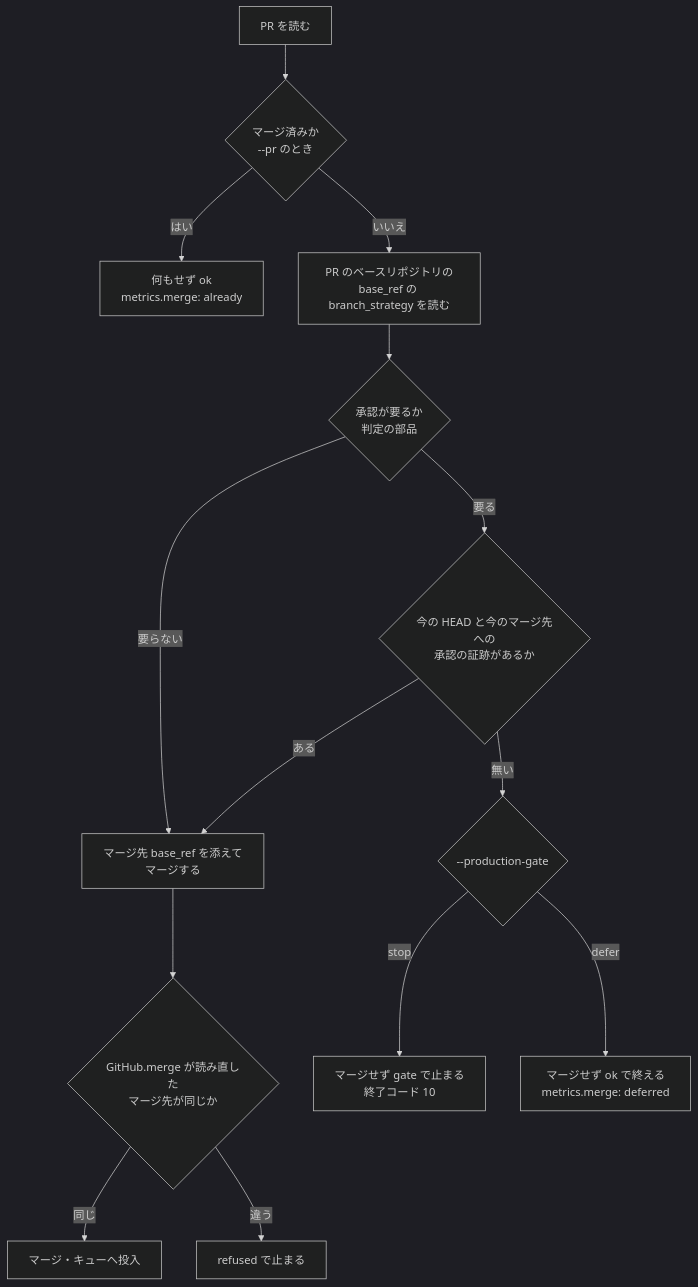
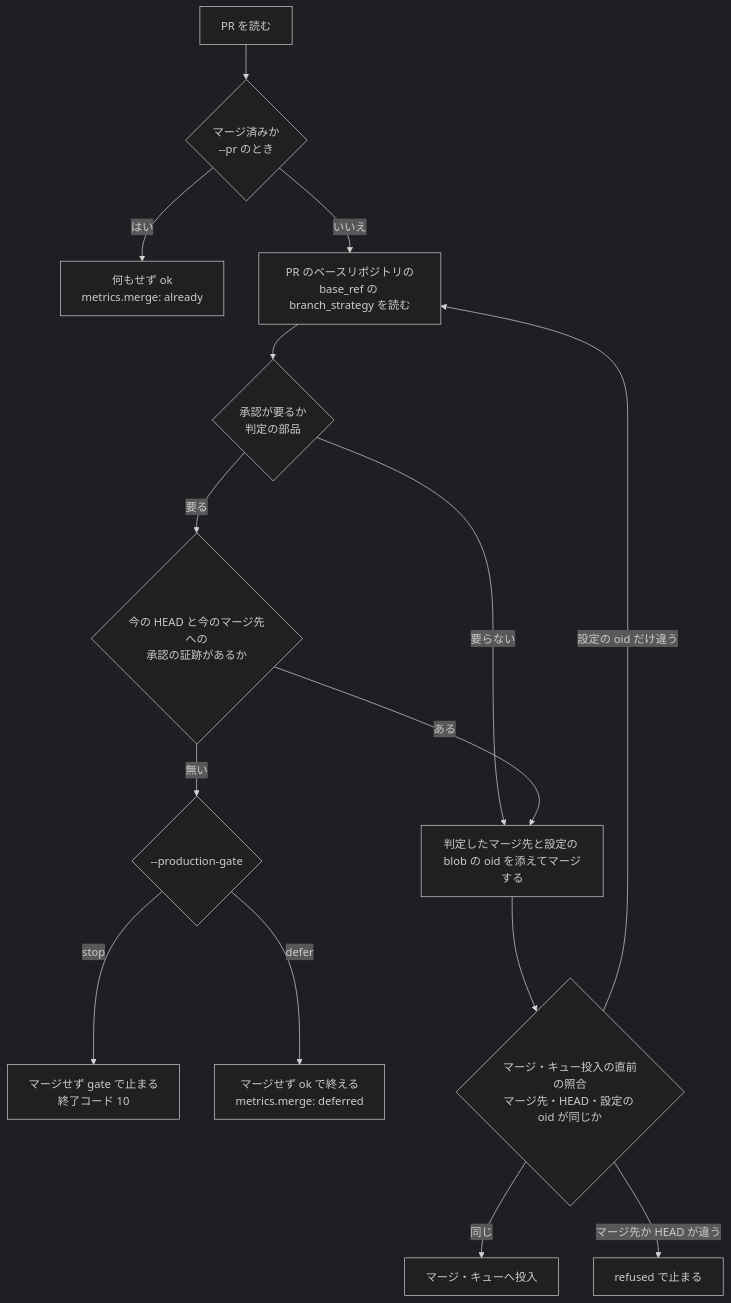
Before and after one commit to devbasex/ai-plugins: the fourth of 4 diagrams in issues/issue-4409-design.md, drawn with Mermaid (dark theme). The commit also changed other lines of this file, not shown here.

````diff
--- a/issues/issue-4409-design.md
+++ b/issues/issue-4409-design.md
@@ -163,16 +169,17 @@
 ```mermaid
 graph TD
     A[PR を読む] --> A2{マージ済みか<br/>--pr のとき}
     A2 -->|はい| Z[何もせず ok<br/>metrics.merge: already]
     A2 -->|いいえ| B[PR のベースリポジトリの<br/>base_ref の branch_strategy を読む]
     B --> C{承認が要るか<br/>判定の部品}
-    C -->|要らない| M[マージ先 base_ref を添えてマージする]
+    C -->|要らない| M[判定したマージ先と設定の blob の oid を添えてマージする]
     C -->|要る| D{今の HEAD と今のマージ先への<br/>承認の証跡があるか}
     D -->|ある| M
     D -->|無い| E{--production-gate}
     E -->|stop| G[マージせず gate で止まる<br/>終了コード 10]
     E -->|defer| F[マージせず ok で終える<br/>metrics.merge: deferred]
-    M --> H{GitHub.merge が読み直した<br/>マージ先が同じか}
+    M --> H{マージ・キュー投入の直前の照合<br/>マージ先・HEAD・設定の oid が同じか}
     H -->|同じ| OK[マージ・キューへ投入]
-    H -->|違う| R[refused で止まる]
+    H -->|設定の oid だけ違う| B
+    H -->|マージ先か HEAD が違う| R[refused で止まる]
 ```
````
